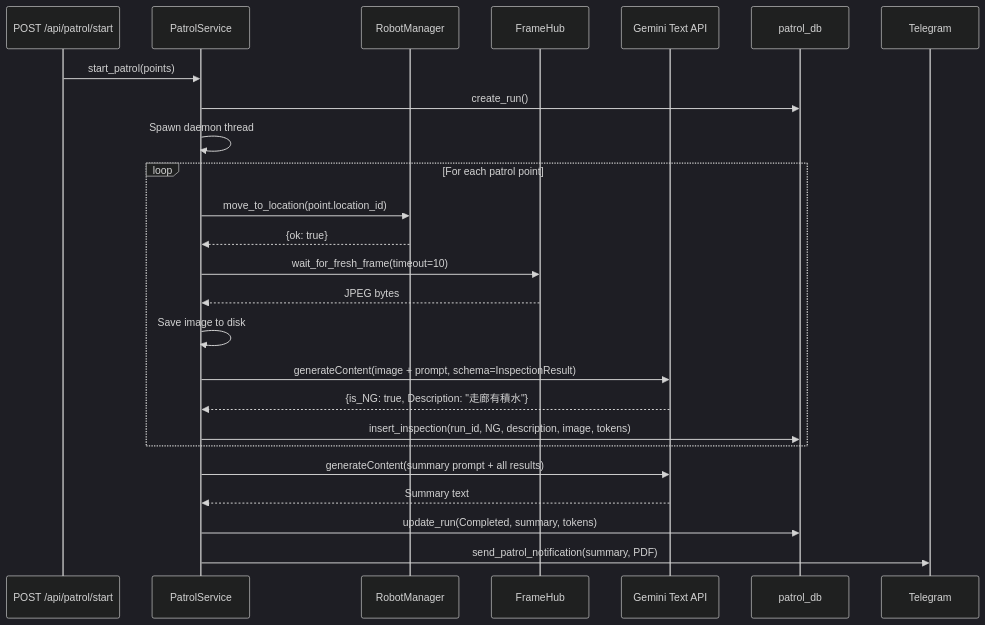
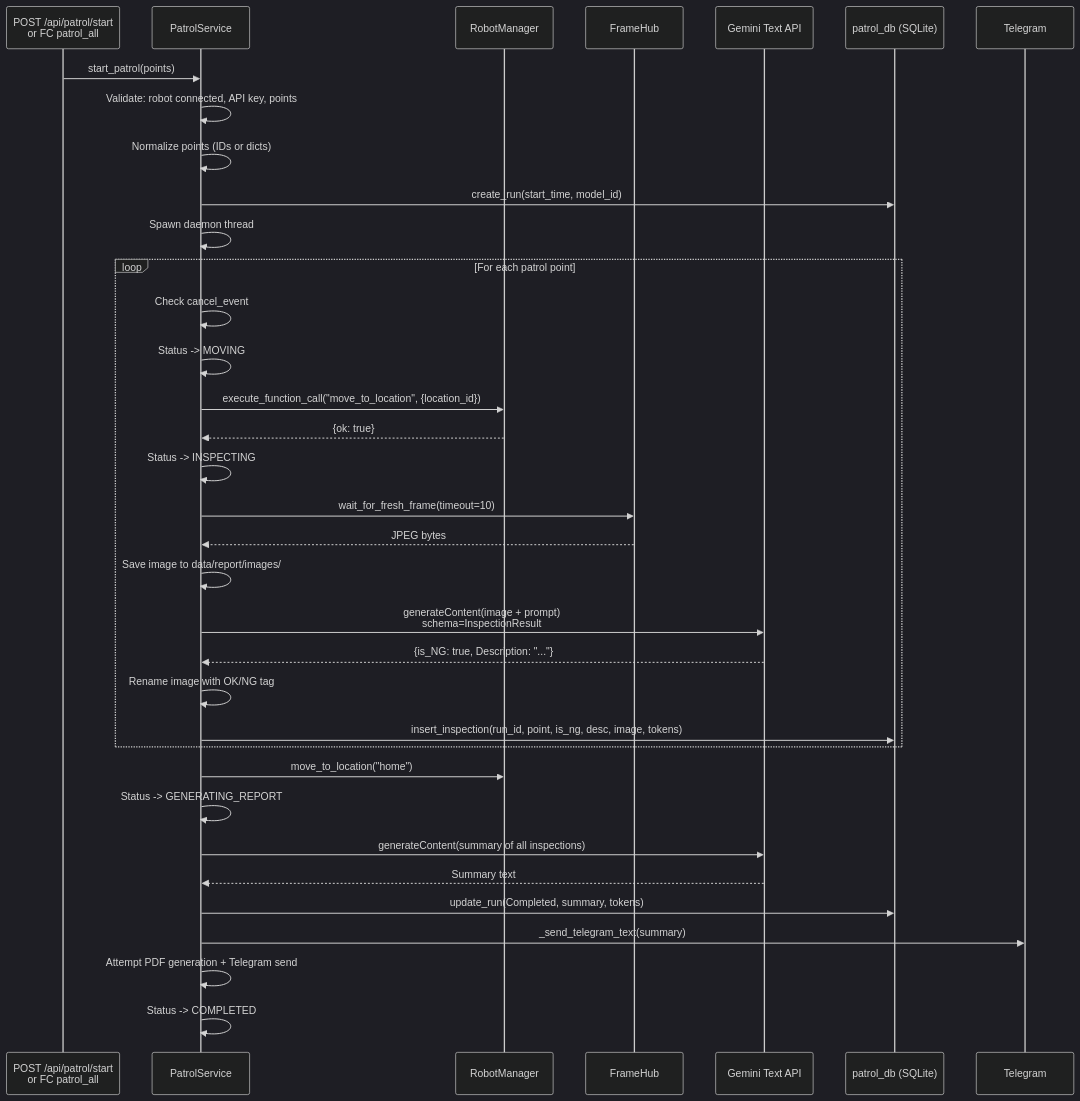
One commit to sigmarobotics/kachaka-gemini changed the eighth of 12 diagrams in docs/architecture.md. Above: the diagram before and after it, drawn with Mermaid (dark theme). The commit also changed other lines of this file and 1 other file, not shown here.

First line of the commit message:
docs: rewrite README and architecture doc from codebase scan

````diff
--- a/docs/architecture.md
+++ b/docs/architecture.md
@@ -420,30 +660,40 @@
 ```mermaid
 sequenceDiagram
-    participant API as POST /api/patrol/start
+    participant API as POST /api/patrol/start<br/>or FC patrol_all
     participant PS as PatrolService
     participant RM as RobotManager
     participant FH as FrameHub
     participant GEMINI as Gemini Text API
-    participant DB as patrol_db
+    participant DB as patrol_db (SQLite)
     participant TG as Telegram
 
     API->>PS: start_patrol(points)
-    PS->>DB: create_run()
+    PS->>PS: Validate: robot connected, API key, points
+    PS->>PS: Normalize points (IDs or dicts)
+    PS->>DB: create_run(start_time, model_id)
     PS->>PS: Spawn daemon thread
 
     loop For each patrol point
-        PS->>RM: move_to_location(point.location_id)
+        PS->>PS: Check cancel_event
+        PS->>PS: Status -> MOVING
+        PS->>RM: execute_function_call("move_to_location", {location_id})
         RM-->>PS: {ok: true}
+        PS->>PS: Status -> INSPECTING
         PS->>FH: wait_for_fresh_frame(timeout=10)
         FH-->>PS: JPEG bytes
-        PS->>PS: Save image to disk
-        PS->>GEMINI: generateContent(image + prompt, schema=InspectionResult)
-        GEMINI-->>PS: {is_NG: true, Description: "走廊有積水"}
-        PS->>DB: insert_inspection(run_id, NG, description, image, tokens)
+        PS->>PS: Save image to data/report/images/
+        PS->>GEMINI: generateContent(image + prompt)<br/>schema=InspectionResult
+        GEMINI-->>PS: {is_NG: true, Description: "..."}
+        PS->>PS: Rename image with OK/NG tag
+        PS->>DB: insert_inspection(run_id, point, is_ng, desc, image, tokens)
     end
 
-    PS->>GEMINI: generateContent(summary prompt + all results)
+    PS->>RM: move_to_location("home")
+    PS->>PS: Status -> GENERATING_REPORT
+    PS->>GEMINI: generateContent(summary of all inspections)
     GEMINI-->>PS: Summary text
     PS->>DB: update_run(Completed, summary, tokens)
-    PS->>TG: send_patrol_notification(summary, PDF)
+    PS->>TG: _send_telegram_text(summary)
+    PS->>PS: Attempt PDF generation + Telegram send
+    PS->>PS: Status -> COMPLETED
 ```
````
